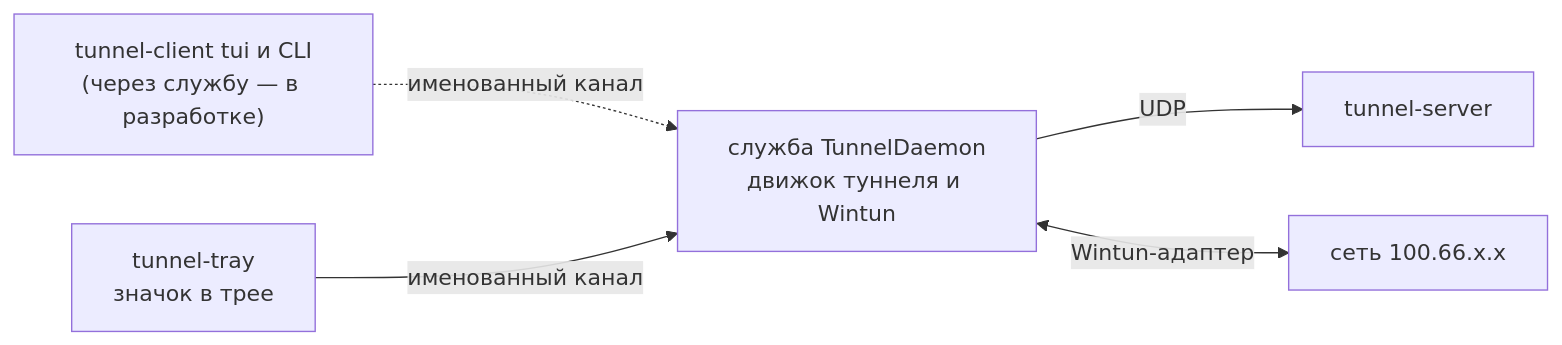
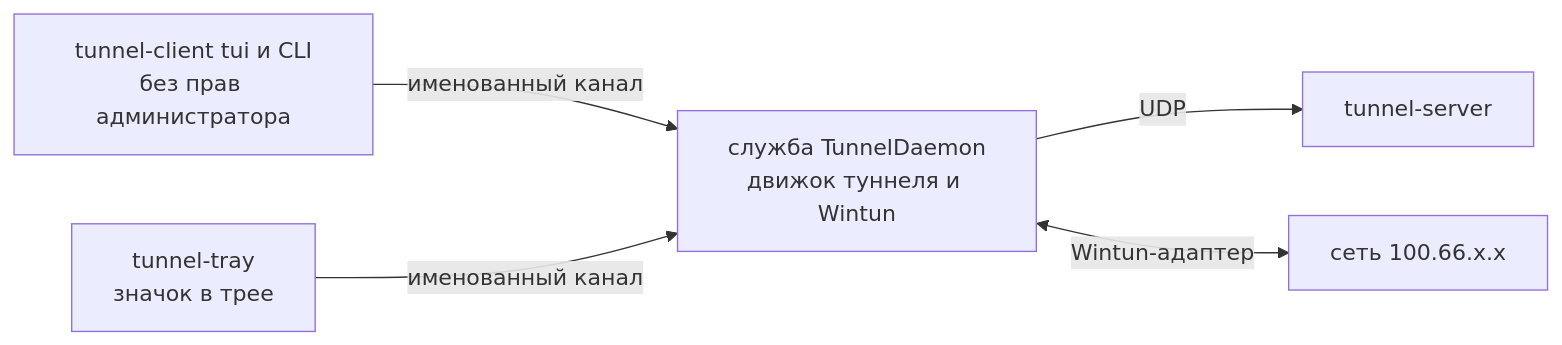
Before and after one commit to Kulmek/VoidLink2: the diagram in docs/INSTALL.md, drawn with Mermaid. The commit also changed other lines of this file and 10 other files, not shown here.

Commit message:
docs: TUI and CLI over the daemon

````diff
--- a/docs/INSTALL.md
+++ b/docs/INSTALL.md
@@ -115,7 +117,7 @@
 ```mermaid
 flowchart LR
-    TUI["tunnel-client tui и CLI<br/>(через службу — в разработке)"] -.->|именованный канал| SVC
+    TUI["tunnel-client tui и CLI<br/>без прав администратора"] -->|именованный канал| SVC
     TRAY["tunnel-tray<br/>значок в трее"] -->|именованный канал| SVC
     SVC["служба TunnelDaemon<br/>движок туннеля и Wintun"] -->|UDP| SRV["tunnel-server"]
     SVC <-->|Wintun-адаптер| NET["сеть 100.66.x.x"]
 ```
````
